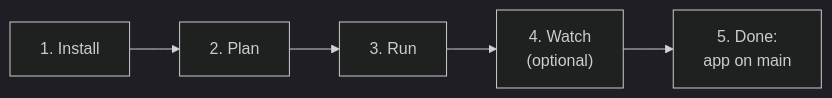
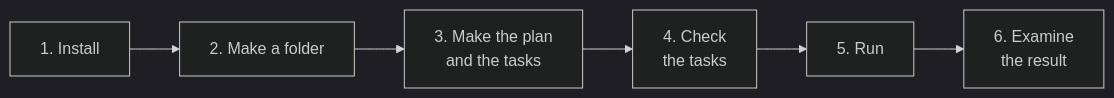
The diagram in GUIDE.md (manishjnv/AutoPilot), drawn with Mermaid (dark theme) before and after one commit. The commit also changed other lines of this file and 5 other files, not shown here.

````diff
--- a/GUIDE.md
+++ b/GUIDE.md
@@ -7,4 +12,6 @@
 ```mermaid
 flowchart LR
-    A["1. Install"] --> B["2. Plan"] --> C["3. Run"] --> D["4. Watch<br/>(optional)"] --> E["5. Done:<br/>app on main"]
+    accTitle: The tutorial in six steps
+    accDescr: Install, make a folder, make the plan and the tasks, check the tasks, run, then examine the result.
+    A["1. Install"] --> B["2. Make a folder"] --> C["3. Make the plan<br/>and the tasks"] --> D["4. Check<br/>the tasks"] --> E["5. Run"] --> F["6. Examine<br/>the result"]
 ```
````
